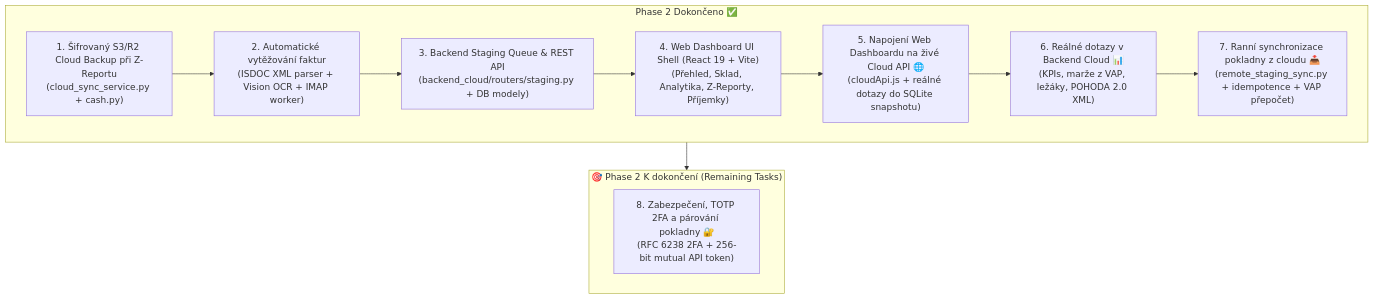
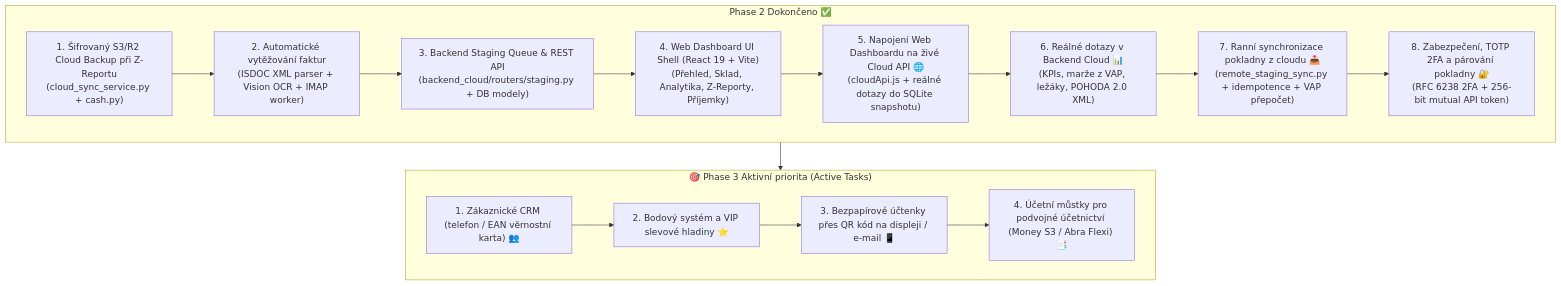
One commit to MichalKhoa/pos-project changed the first of 2 diagrams in docs/ROADMAP.md. Above: the diagram before and after it, drawn with Mermaid. The commit also changed other lines of this file and 1 other file, not shown here.

Commit message:
docs(roadmap): mark Phase 2 100% complete and set Phase 3 as active priority

````diff
--- a/docs/ROADMAP.md
+++ b/docs/ROADMAP.md
@@ -15,19 +15,24 @@
 ```mermaid
 graph TD
     subgraph P2Done["Phase 2 Dokončeno ✅"]
         D_CS["1. Šifrovaný S3/R2 Cloud Backup při Z-Reportu<br/>(cloud_sync_service.py + cash.py)"]
         D_ISDOC["2. Automatické vytěžování faktur<br/>(ISDOC XML parser + Vision OCR + IMAP worker)"]
         D_QUEUE["3. Backend Staging Queue & REST API<br/>(backend_cloud/routers/staging.py + DB modely)"]
         D_UI["4. Web Dashboard UI Shell (React 19 + Vite)<br/>(Přehled, Sklad, Analytika, Z-Reporty, Příjemky)"]
         D_API["5. Napojení Web Dashboardu na živé Cloud API 🌐<br/>(cloudApi.js + reálné dotazy do SQLite snapshotu)"]
         D_SQL["6. Reálné dotazy v Backend Cloud 📊<br/>(KPIs, marže z VAP, ležáky, POHODA 2.0 XML)"]
         D_SYNC["7. Ranní synchronizace pokladny z cloudu 📥<br/>(remote_staging_sync.py + idempotence + VAP přepočet)"]
-        D_CS --> D_ISDOC --> D_QUEUE --> D_UI --> D_API --> D_SQL --> D_SYNC
+        D_AUTH["8. Zabezpečení, TOTP 2FA a párování pokladny 🔐<br/>(RFC 6238 2FA + 256-bit mutual API token)"]
+        D_CS --> D_ISDOC --> D_QUEUE --> D_UI --> D_API --> D_SQL --> D_SYNC --> D_AUTH
     end
 
-    subgraph P2Rem["🎯 Phase 2 K dokončení (Remaining Tasks)"]
-        T4["8. Zabezpečení, TOTP 2FA a párování pokladny 🔐<br/>(RFC 6238 2FA + 256-bit mutual API token)"]
+    subgraph P3Active["🎯 Phase 3 Aktivní priorita (Active Tasks)"]
+        P3_1["1. Zákaznické CRM (telefon / EAN věrnostní karta) 👥"]
+        P3_2["2. Bodový systém a VIP slevové hladiny ⭐"]
+        P3_3["3. Bezpapírové účtenky přes QR kód na displeji / e-mail 📱"]
+        P3_4["4. Účetní můstky pro podvojné účetnictví (Money S3 / Abra Flexi) 📑"]
+        P3_1 --> P3_2 --> P3_3 --> P3_4
     end
 
-    P2Done --> P2Rem
+    P2Done --> P3Active
 ```
````
